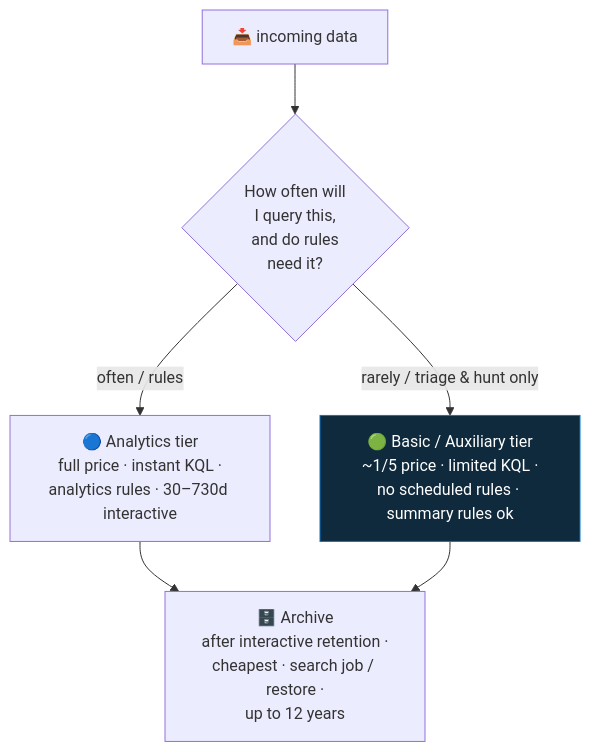
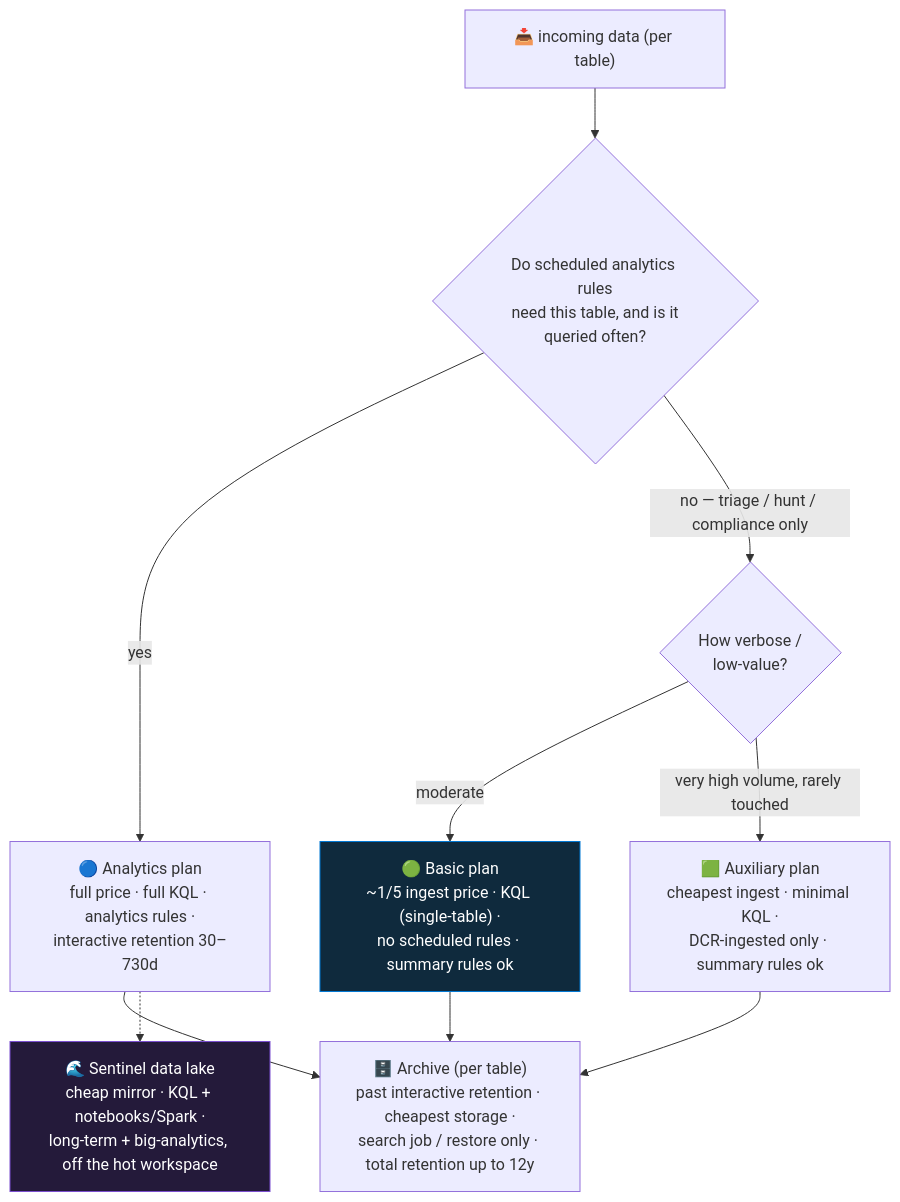
Before and after one commit to Tarun2000AD/microsoft-sentinel-live-learning: the diagram in 16-retention-archive-and-data-lake/README.md, drawn with Mermaid. The commit also changed other lines of this file, not shown here.

First line of the commit message:
Deepen step 16 (retention, archive & data lake): plan mechanics, search job vs restore, summary rules, data lake

````diff
--- a/16-retention-archive-and-data-lake/README.md
+++ b/16-retention-archive-and-data-lake/README.md
@@ -35,9 +60,14 @@
 ```mermaid
 flowchart TD
-    A["📥 incoming data"] --> D{"How often will<br/>I query this,<br/>and do rules<br/>need it?"}
-    D -->|"often / rules"| AN["🔵 Analytics tier<br/>full price · instant KQL ·<br/>analytics rules · 30–730d interactive"]
-    D -->|"rarely / triage & hunt only"| BA["🟢 Basic / Auxiliary tier<br/>~1/5 price · limited KQL ·<br/>no scheduled rules · summary rules ok"]
-    AN --> AR["🗄️ Archive<br/>after interactive retention ·<br/>cheapest · search job / restore ·<br/>up to 12 years"]
+    A["📥 incoming data (per table)"] --> D{"Do scheduled analytics rules<br/>need this table, and is it<br/>queried often?"}
+    D -->|"yes"| AN["🔵 Analytics plan<br/>full price · full KQL · analytics rules ·<br/>interactive retention 30–730d"]
+    D -->|"no — triage / hunt / compliance only"| B{"How verbose /<br/>low-value?"}
+    B -->|"moderate"| BA["🟢 Basic plan<br/>~1/5 ingest price · KQL (single-table) ·<br/>no scheduled rules · summary rules ok"]
+    B -->|"very high volume, rarely touched"| AX["🟩 Auxiliary plan<br/>cheapest ingest · minimal KQL ·<br/>DCR-ingested only · summary rules ok"]
+    AN --> AR["🗄️ Archive (per table)<br/>past interactive retention · cheapest storage ·<br/>search job / restore only · total retention up to 12y"]
     BA --> AR
+    AX --> AR
+    AN -.-> LAKE["🌊 Sentinel data lake<br/>cheap mirror · KQL + notebooks/Spark ·<br/>long-term + big-analytics, off the hot workspace"]
     style BA fill:#0f2a3d,stroke:#0078D4,color:#fff
+    style LAKE fill:#241a3a,stroke:#7b4fd0,color:#fff
 ```
````
